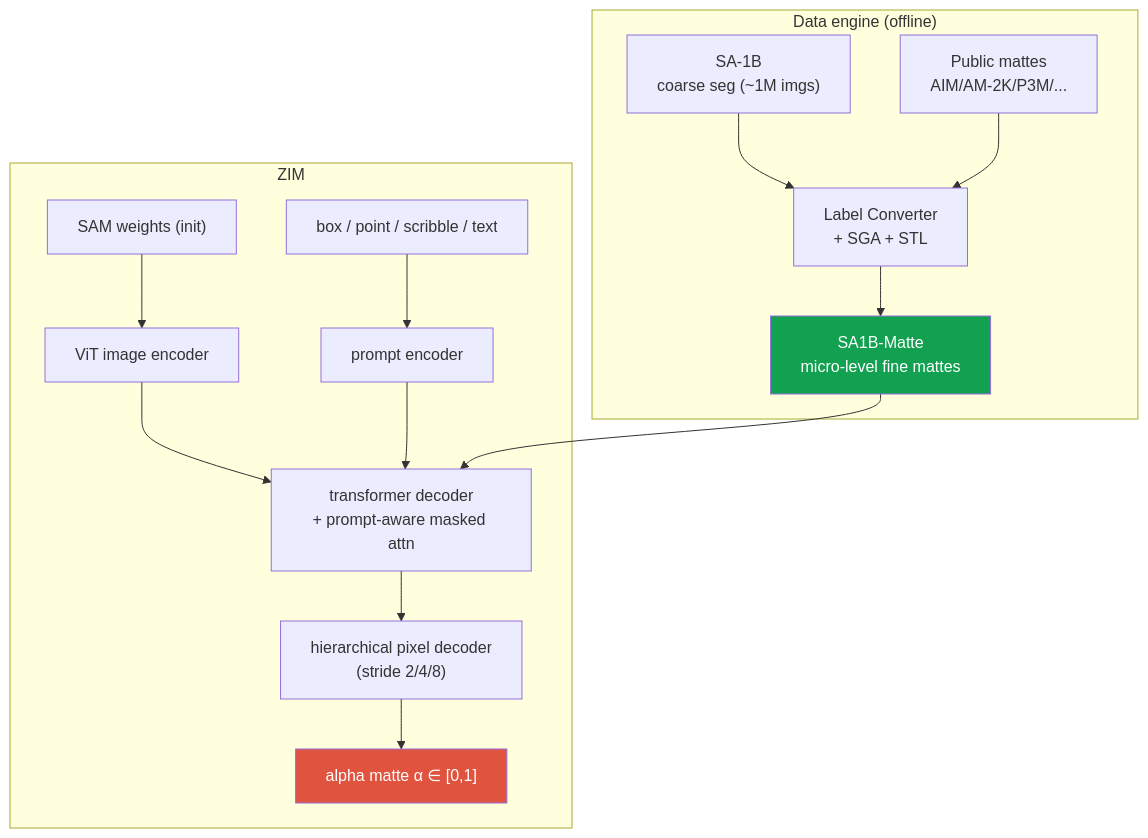
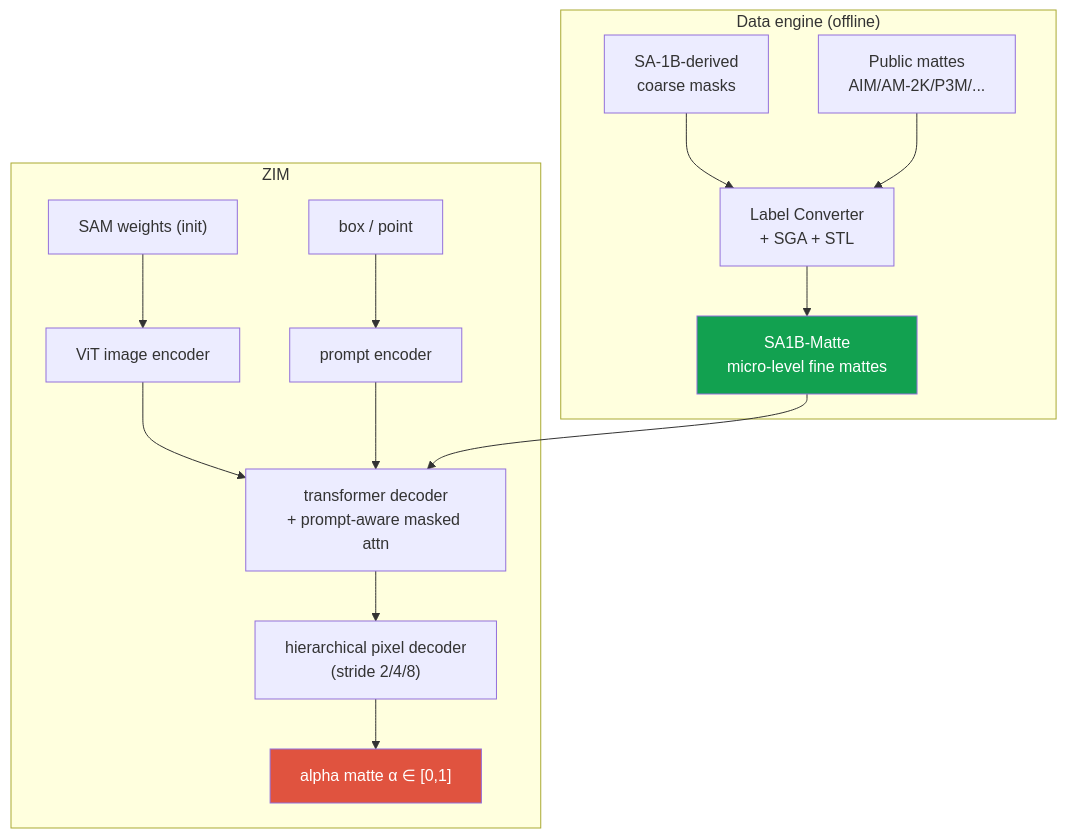
The diagram in content/resume/zim.ko.md (beomyoung-kim/ml_study), drawn with Mermaid before and after one commit. The commit also changed other lines of this file and 209 other files, not shown here.

````diff
--- a/content/resume/zim.ko.md
+++ b/content/resume/zim.ko.md
@@ -44,19 +44,19 @@
 ```mermaid
 flowchart TB
   subgraph engine ["Data engine (offline)"]
-    SA1B["SA-1B<br/>coarse seg (~1M imgs)"] --> CONV["Label Converter<br/>+ SGA + STL"]
+    SA1B["SA-1B-derived<br/>coarse masks"] --> CONV["Label Converter<br/>+ SGA + STL"]
     PUB["Public mattes<br/>AIM/AM-2K/P3M/..."] --> CONV
     CONV --> SA1BM["SA1B-Matte<br/>micro-level fine mattes"]
   end
   subgraph model ["ZIM"]
     SAMW["SAM weights (init)"] --> ENC["ViT image encoder"]
-    PROMPT["box / point / scribble / text"] --> PENC["prompt encoder"]
+    PROMPT["box / point"] --> PENC["prompt encoder"]
     ENC --> DEC["transformer decoder<br/>+ prompt-aware masked attn"]
     PENC --> DEC
     DEC --> HPD["hierarchical pixel decoder<br/>(stride 2/4/8)"]
     HPD --> OUT["alpha matte α ∈ [0,1]"]
   end
   SA1BM --> DEC
   style OUT fill:#e0533f,color:#fff
   style SA1BM fill:#12a150,color:#fff
 ```
````
